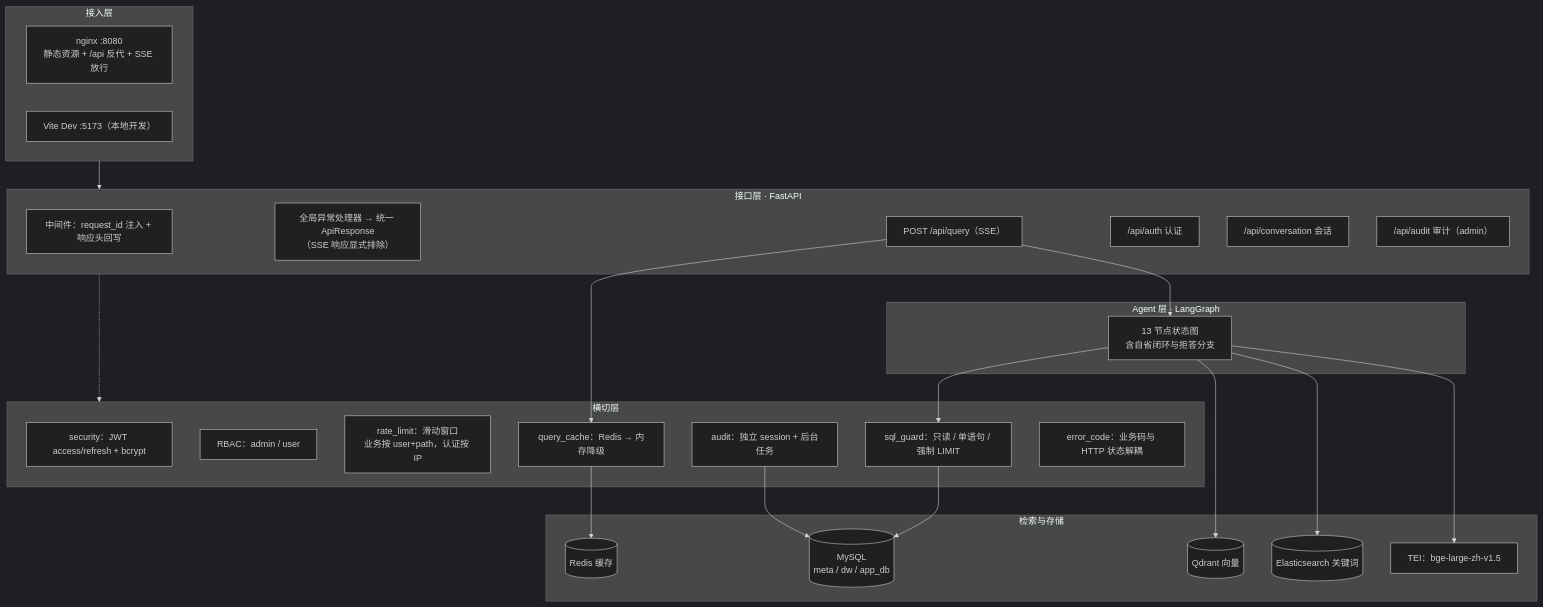
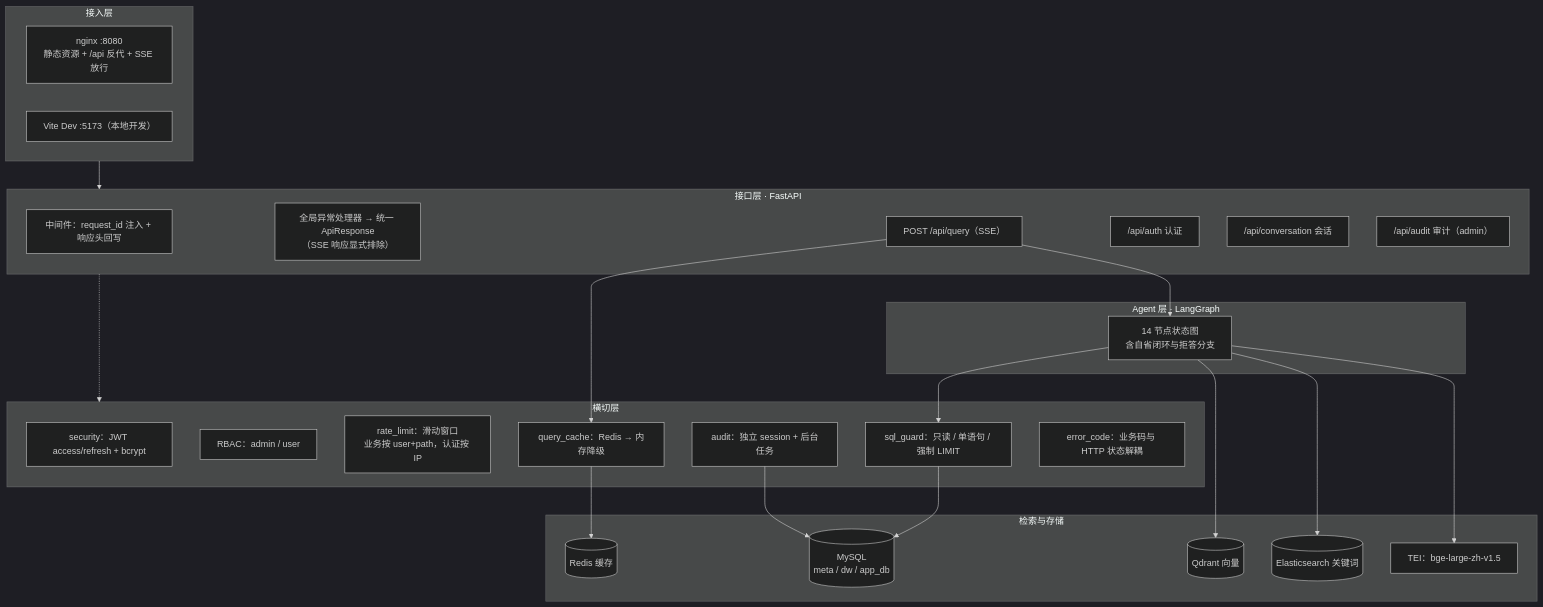
Before and after one commit to insist-ai/text2sql-agent: the first of 5 diagrams in docs/architecture.md, drawn with Mermaid (dark theme). The commit also changed other lines of this file and 2 other files, not shown here.

Commit message:
docs: 修正 Agent 节点数 13 → 14（与 graph.py 中 add_node 调用一致）

````diff
--- a/docs/architecture.md
+++ b/docs/architecture.md
@@ -10,50 +10,50 @@
 ```mermaid
 flowchart TB
     subgraph L1["接入层"]
         NGINX["nginx :8080<br/>静态资源 + /api 反代 + SSE 放行"]
         VITE["Vite Dev :5173（本地开发）"]
     end
 
     subgraph L2["接口层 · FastAPI"]
         MW["中间件：request_id 注入 + 响应头回写"]
         EXC["全局异常处理器 → 统一 ApiResponse<br/>（SSE 响应显式排除）"]
         R1["POST /api/query（SSE）"]
         R2["/api/auth 认证"]
         R3["/api/conversation 会话"]
         R4["/api/audit 审计（admin）"]
     end
 
     subgraph L3["横切层"]
         SEC["security：JWT access/refresh + bcrypt"]
         RBAC["RBAC：admin / user"]
         RL["rate_limit：滑动窗口<br/>业务按 user+path，认证按 IP"]
         QC["query_cache：Redis → 内存降级"]
         AUD["audit：独立 session + 后台任务"]
         GUARD["sql_guard：只读 / 单语句 / 强制 LIMIT"]
         ERR["error_code：业务码与 HTTP 状态解耦"]
     end
 
     subgraph L4["Agent 层 · LangGraph"]
-        GRAPH["13 节点状态图<br/>含自省闭环与拒答分支"]
+        GRAPH["14 节点状态图<br/>含自省闭环与拒答分支"]
     end
 
     subgraph L5["检索与存储"]
         MYSQL[("MySQL<br/>meta / dw / app_db")]
         QD[("Qdrant 向量")]
         ES[("Elasticsearch 关键词")]
         RDS[("Redis 缓存")]
         TEI["TEI：bge-large-zh-v1.5"]
     end
 
     L1 --> L2
     L2 -.-> L3
     R1 --> QC
     R1 --> GRAPH
     GRAPH --> GUARD
     GRAPH --> QD
     GRAPH --> ES
     GRAPH --> TEI
     GUARD --> MYSQL
     QC --> RDS
     AUD --> MYSQL
 ```
````
